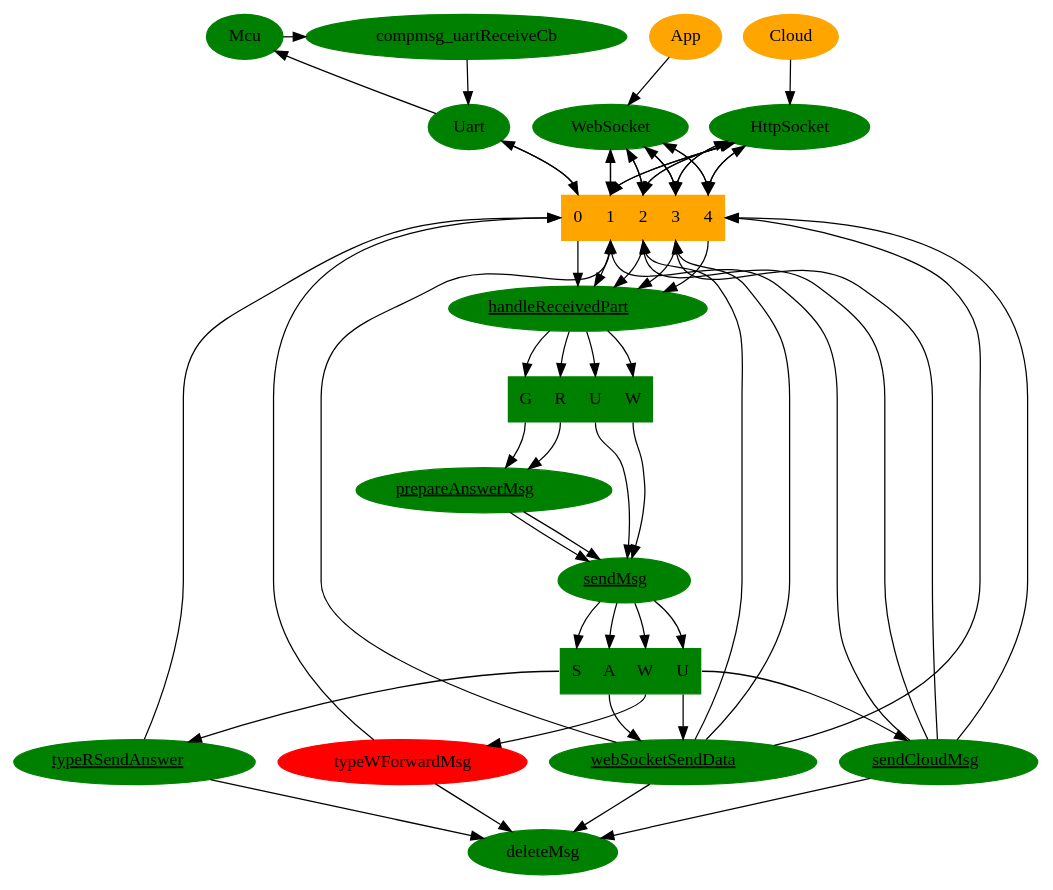
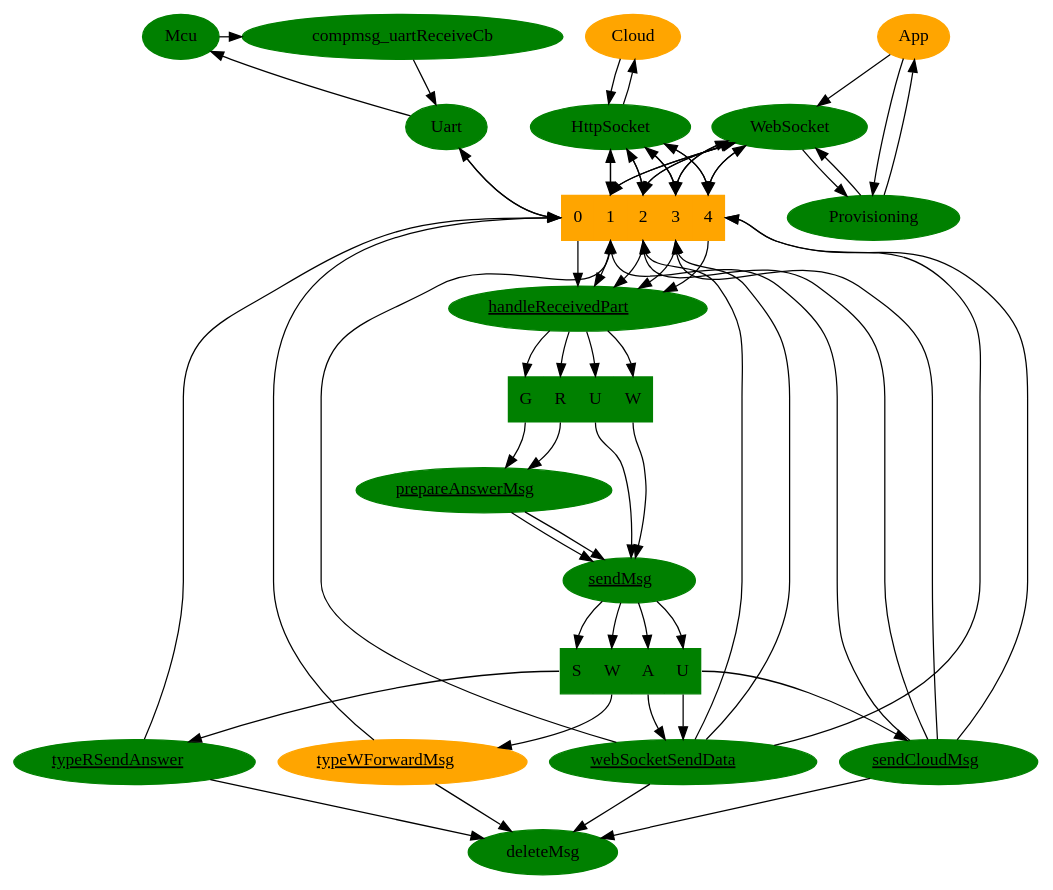
One commit to apwiede/nodemcu changed the diagram in dot_files/handleMsg.dot. Above: the diagram before and after it, drawn with Graphviz.

Commit message:
added new nodes.

```diff
--- a/dot_files/handleMsg.dot
+++ b/dot_files/handleMsg.dot
@@ -1,84 +1,90 @@
 digraph G1 {
   compmsg_uartReceiveCb[style="filled", color="green"];
   compmsg_uartReceiveCb -> Uart;
   Mcu[style="filled", color="green"];
   Mcu -> compmsg_uartReceiveCb;
   Queue [style="filled", color="orange", shape=record, label="<f0> 0|<f1> 1|<f2> 2|<f3> 3|<f4> 4"];
   Uart -> Queue:f0;
   Queue:f0 -> Uart;
   Uart -> Mcu;
   Uart[style="filled", color="green"];
   WebSocket[style="filled", color="green"];
   App[style="filled", color="orange"];
+  App -> Provisioning;
+  Provisioning[style="filled", color="green"];
+  Provisioning -> WebSocket;
+  Provisioning -> App;
   App -> WebSocket;
+  WebSocket -> Provisioning;
   WebSocket -> Queue:f1;
   WebSocket -> Queue:f2;
   WebSocket -> Queue:f3;
   WebSocket -> Queue:f4;
   Queue:f1 -> WebSocket;
   Queue:f2 -> WebSocket;
   Queue:f3 -> WebSocket;
   Queue:f4 -> WebSocket;
   Cloud[style="filled", color="orange"];
   Cloud -> HttpSocket;
+  HttpSocket -> Cloud;
   HttpSocket[style="filled", color="green"];
   HttpSocket -> Queue:f1;
   HttpSocket -> Queue:f2;
   HttpSocket -> Queue:f3;
   HttpSocket -> Queue:f4;
   {rank=same; "compmsg_uartReceiveCb"; "Mcu"; "App"; "Cloud";}
   {rank=same; "Uart"; "WebSocket"; "HttpSocket";}
   Queue:f1 -> HttpSocket;
   Queue:f2 -> HttpSocket;
   Queue:f3 -> HttpSocket;
   Queue:f4 -> HttpSocket;
   Queue:f0 -> handleReceivedPart;
   Queue:f1 -> handleReceivedPart;
   Queue:f2 -> handleReceivedPart;
   Queue:f3 -> handleReceivedPart;
   Queue:f4 -> handleReceivedPart;
   handleReceivedPart[style="filled", color="green", label=<<u>handleReceivedPart</u>> URL="\ref grp_handleReceivedPart"];
   prepareAnswerMsg[style="filled", color="green", label=<<u>prepareAnswerMsg</u>> URL="\ref grp_prepareAnswerMsg"];
   receiveMsgSwitch [style="filled", color="green", shape=record, label="<f0> G|<f1> R|<f2> U|<f3> W"];
   handleReceivedPart -> receiveMsgSwitch:f0;
   handleReceivedPart -> receiveMsgSwitch:f1;
   handleReceivedPart -> receiveMsgSwitch:f2;
   handleReceivedPart -> receiveMsgSwitch:f3;
   receiveMsgSwitch:f0 -> prepareAnswerMsg;
   receiveMsgSwitch:f1 -> prepareAnswerMsg;
   prepareAnswerMsg -> sendMsg;
   prepareAnswerMsg -> sendMsg;
   receiveMsgSwitch:f2 -> sendMsg
   receiveMsgSwitch:f3 -> sendMsg
   sendMsg[style="filled", color="green", label=<<u>sendMsg</u>> URL="\ref sendMsg"];
   sendMsg -> sendMsgSwitch:f0;
   sendMsg -> sendMsgSwitch:f1;
   sendMsg -> sendMsgSwitch:f2
   sendMsg -> sendMsgSwitch:f3
-  sendMsgSwitch [style="filled", color="green",shape=record, label="<f0> S|<f1> A|<f2> W|<f3> U"];
-  sendMsgSwitch:f1 -> webSocketSendData;
+  sendMsgSwitch [style="filled", color="green",shape=record, label="<f0> S|<f1> W|<f2> A|<f3> U"];
+  sendMsgSwitch:f2 -> webSocketSendData;
   sendMsgSwitch:f0 -> typeRSendAnswer;
   sendMsgSwitch:f3 -> webSocketSendData;
   sendMsgSwitch:f3 -> sendCloudMsg;
-  sendMsgSwitch:f2 -> typeWForwardMsg;
+  sendMsgSwitch:f1 -> typeWForwardMsg;
   typeRSendAnswer[style="filled", color="green", label=<<u>typeRSendAnswer</u>> URL="\ref typeRSendAnswer"];
   sendCloudMsg[style="filled", color="green", label=<<u>sendCloudMsg</u>> URL="\ref grp_sendCloudMsg"];
   webSocketSendData[style="filled", color="green", label=<<u>webSocketSendData</u>> URL="\ref websocketSendData"];
   webSocketSendData -> Queue:f1;
   webSocketSendData -> Queue:f2;
   webSocketSendData -> Queue:f3;
   webSocketSendData -> Queue:f4;
   sendCloudMsg -> Queue:f1;
   sendCloudMsg -> Queue:f2;
   sendCloudMsg -> Queue:f3;
   sendCloudMsg -> Queue:f4;
   {rank=same; "typeRSendAnswer"; "typeWForwardMsg"; "webSocketSendData"; "sendCloudMsg";}
-  typeWForwardMsg[style="filled", color="red"];
+  typeWForwardMsg[style="filled", color="orange", label=<<u>typeWForwardMsg</u>> URL="\ref forwardMsg"];
   typeRSendAnswer -> Queue:f0;
   typeWForwardMsg -> Queue:f0;
   typeRSendAnswer -> deleteMsg;
   typeWForwardMsg -> deleteMsg;
   deleteMsg[style="filled", color="green"];
   sendCloudMsg -> deleteMsg;
   webSocketSendData -> deleteMsg;
 }
```
